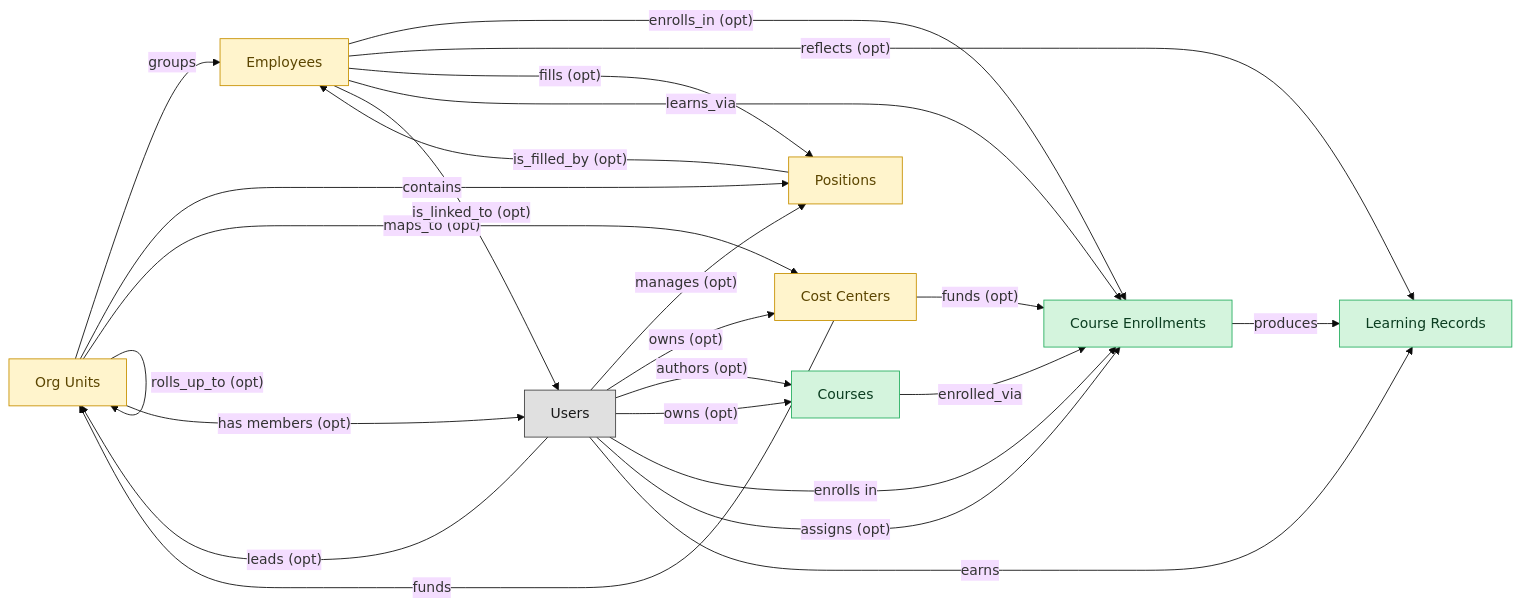
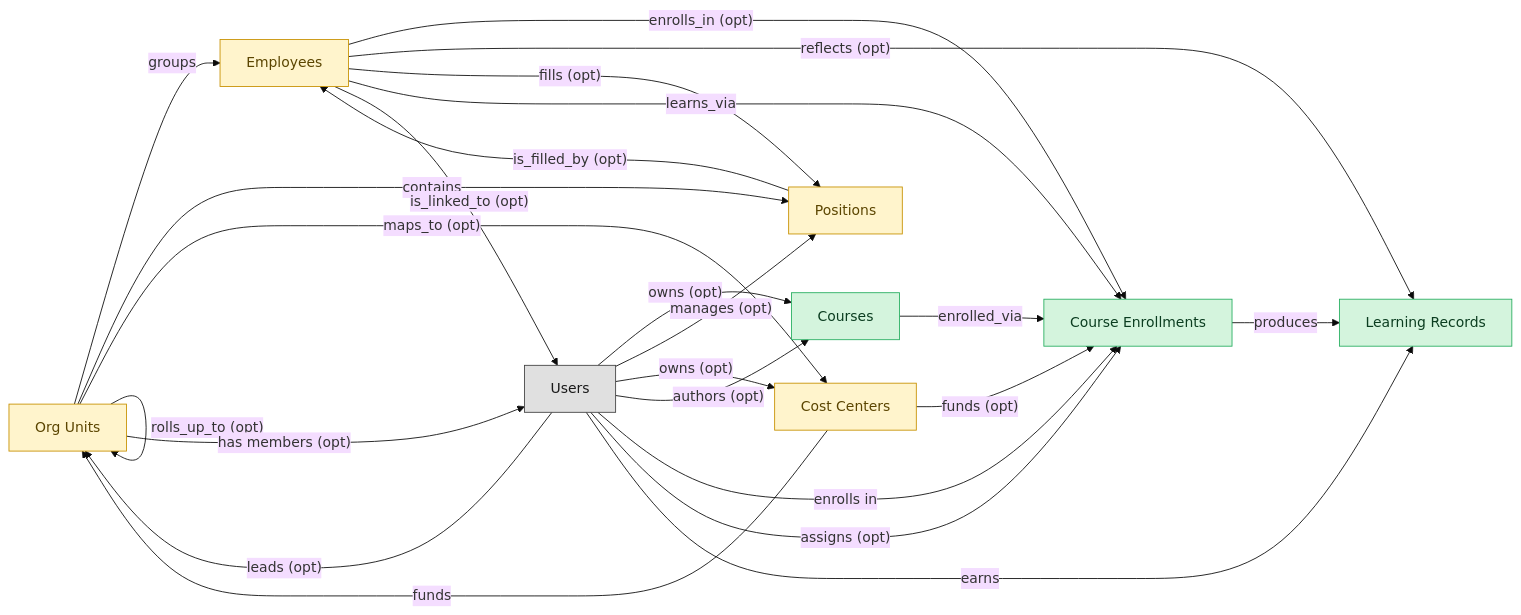
One commit to IntranetFactory/domain-map changed the diagram in blueprints/lms-course-delivery-semantic-blueprint.md. Above: the diagram before and after it, drawn with Mermaid (base theme). The commit also changed other lines of this file and 29 other files, not shown here.

````diff
--- a/blueprints/lms-course-delivery-semantic-blueprint.md
+++ b/blueprints/lms-course-delivery-semantic-blueprint.md
@@ -32,45 +32,45 @@
 ```mermaid
 flowchart LR
   classDef master fill:#d4f4dd,stroke:#27ae60,color:#0b3d20;
   classDef embedded_master fill:#fff4cc,stroke:#c79100,color:#5b4500;
   classDef platform_builtin fill:#e0e0e0,stroke:#424242,color:#1a1a1a;
   org_units["Org Units"]
   courses["Courses"]
   course_enrollments["Course Enrollments"]
   learning_records["Learning Records"]
   employees["Employees"]
   hcm_positions["Positions"]
   cost_centers["Cost Centers"]
   users["Users"]
   org_units -->|"groups"| employees
   org_units -->|"contains"| hcm_positions
   hcm_positions -->|"is_filled_by (opt)"| employees
   cost_centers -->|"funds"| org_units
   employees -->|"enrolls_in (opt)"| course_enrollments
   org_units -->|"maps_to (opt)"| cost_centers
   courses -->|"enrolled_via"| course_enrollments
   course_enrollments -->|"produces"| learning_records
   cost_centers -->|"funds (opt)"| course_enrollments
   employees -->|"reflects (opt)"| learning_records
   employees -->|"fills (opt)"| hcm_positions
   employees -->|"learns_via"| course_enrollments
   org_units -->|"rolls_up_to (opt)"| org_units
+  users -->|"owns (opt)"| courses
   employees -->|"is_linked_to (opt)"| users
   users -->|"manages (opt)"| hcm_positions
   users -->|"leads (opt)"| org_units
   users -->|"owns (opt)"| cost_centers
   users -->|"authors (opt)"| courses
-  users -->|"owns (opt)"| courses
   users -->|"enrolls in"| course_enrollments
   users -->|"assigns (opt)"| course_enrollments
   users -->|"earns"| learning_records
   org_units -->|"has members (opt)"| users
   class org_units embedded_master;
   class courses master;
   class course_enrollments master;
   class learning_records master;
   class employees embedded_master;
   class hcm_positions embedded_master;
   class cost_centers embedded_master;
   class users platform_builtin;
 ```
````
